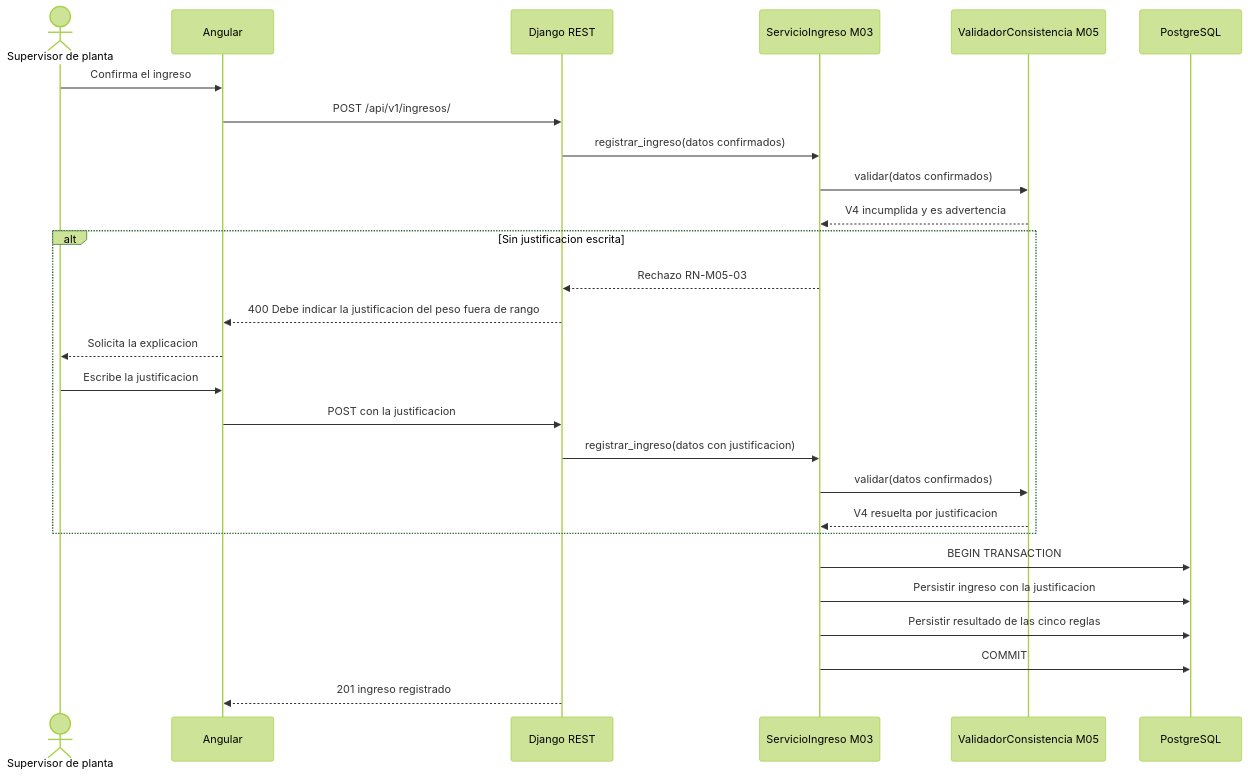
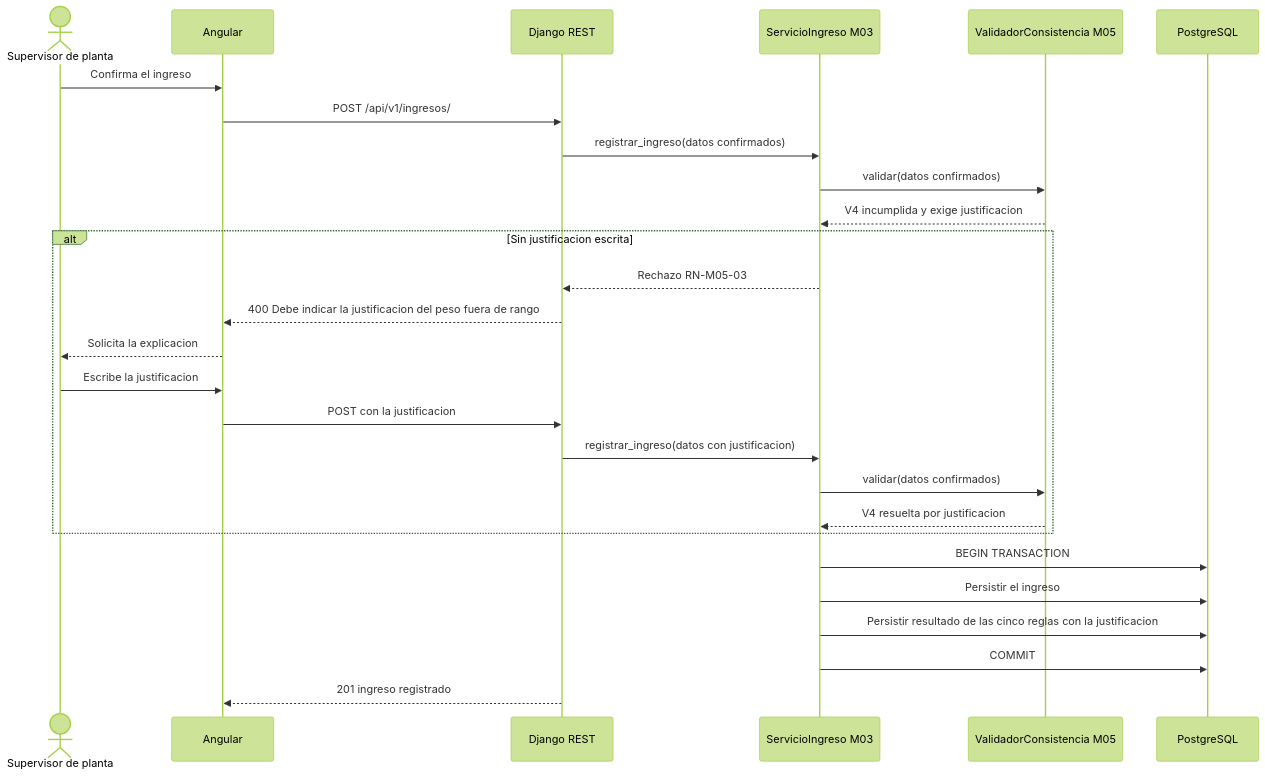
Before and after one commit to adlerOmonte1/LogisticaMinera: the second of 3 diagrams in docs/modulos/M05-validacion/diagramas/secuencia.md, drawn with Mermaid (forest theme). The commit also changed other lines of this file and 91 other files, not shown here.

````diff
--- a/docs/modulos/M05-validacion/diagramas/secuencia.md
+++ b/docs/modulos/M05-validacion/diagramas/secuencia.md
@@ -35,32 +40,32 @@
 ```mermaid
 sequenceDiagram
     actor S as Supervisor de planta
     participant NG as Angular
     participant API as Django REST
     participant SRV as ServicioIngreso M03
     participant VAL as ValidadorConsistencia M05
     participant DB as PostgreSQL
 
     S->>NG: Confirma el ingreso
     NG->>API: POST /api/v1/ingresos/
     API->>SRV: registrar_ingreso(datos confirmados)
     SRV->>VAL: validar(datos confirmados)
-    VAL-->>SRV: V4 incumplida y es advertencia
+    VAL-->>SRV: V4 incumplida y exige justificacion
 
     alt Sin justificacion escrita
         SRV-->>API: Rechazo RN-M05-03
         API-->>NG: 400 Debe indicar la justificacion del peso fuera de rango
         NG-->>S: Solicita la explicacion
         S->>NG: Escribe la justificacion
         NG->>API: POST con la justificacion
         API->>SRV: registrar_ingreso(datos con justificacion)
         SRV->>VAL: validar(datos confirmados)
         VAL-->>SRV: V4 resuelta por justificacion
     end
 
     SRV->>DB: BEGIN TRANSACTION
-    SRV->>DB: Persistir ingreso con la justificacion
-    SRV->>DB: Persistir resultado de las cinco reglas
+    SRV->>DB: Persistir el ingreso
+    SRV->>DB: Persistir resultado de las cinco reglas con la justificacion
     SRV->>DB: COMMIT
     API-->>NG: 201 ingreso registrado
 ```
````
